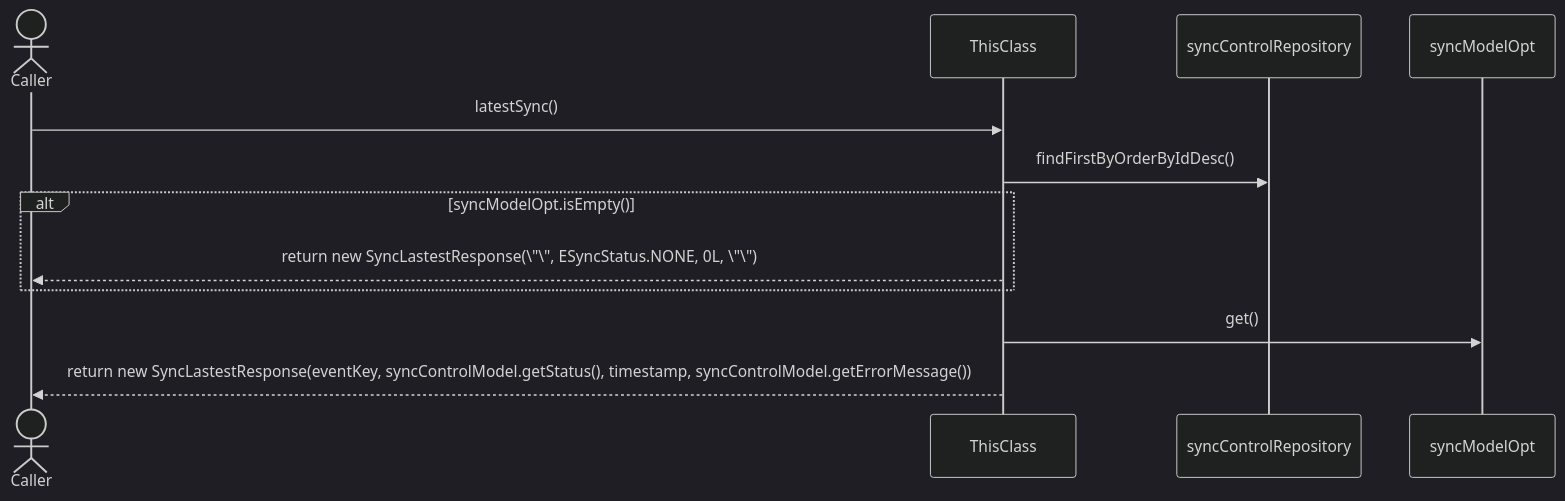
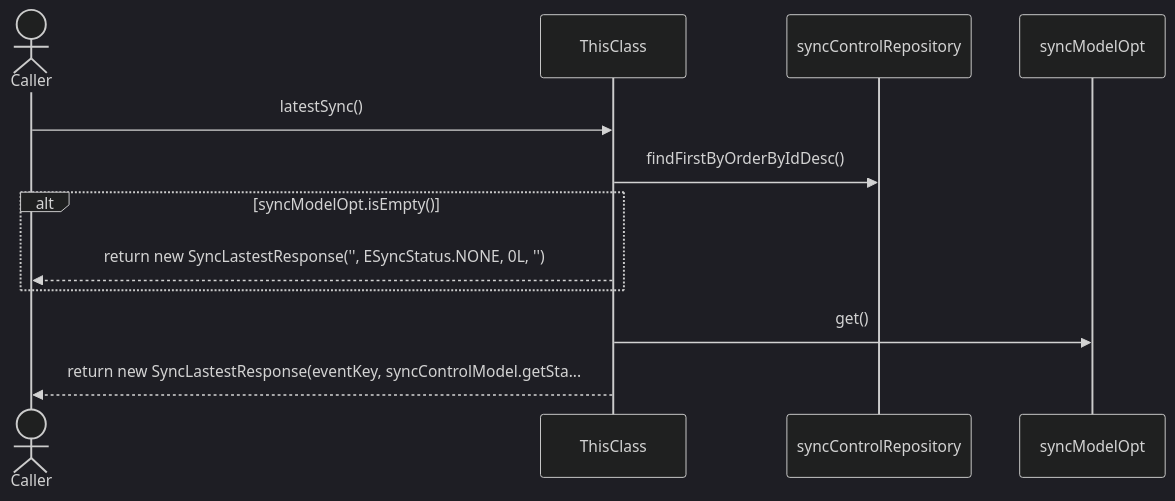
Before and after one commit to FelipeMCassiano/geanky: the fourth of 16 diagrams in docs/CloudSyncUploadService.md, drawn with Mermaid (dark theme). The commit also changed other lines of this file and 7 other files, not shown here.

````diff
--- a/docs/CloudSyncUploadService.md
+++ b/docs/CloudSyncUploadService.md
@@ -318,16 +318,16 @@
 ```mermaid
 sequenceDiagram
     actor Caller
     participant ThisClass
     participant syncControlRepository
     participant syncModelOpt
 
     Caller->>ThisClass: latestSync()
     ThisClass->>syncControlRepository: findFirstByOrderByIdDesc()
     alt syncModelOpt.isEmpty()
-    ThisClass-->>Caller: return new SyncLastestResponse(\"\", ESyncStatus.NONE, 0L, \"\")
+    ThisClass-->>Caller: return new SyncLastestResponse('', ESyncStatus.NONE, 0L, '')
     end
     ThisClass->>syncModelOpt: get()
-    ThisClass-->>Caller: return new SyncLastestResponse(eventKey, syncControlModel.getStatus(), timestamp, syncControlModel.getErrorMessage())
+    ThisClass-->>Caller: return new SyncLastestResponse(eventKey, syncControlModel.getSta...
 
 ```
````
